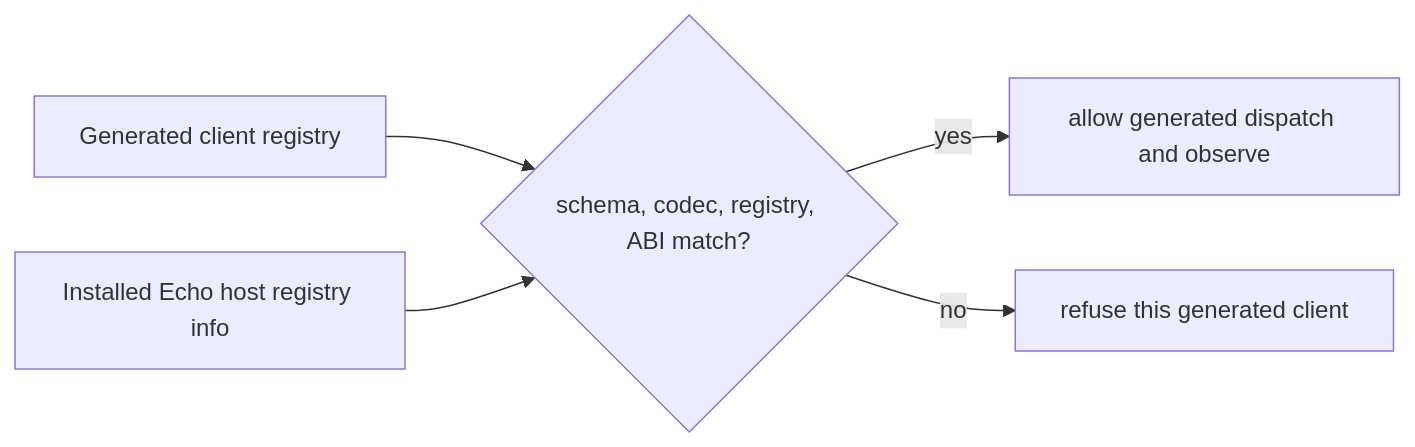
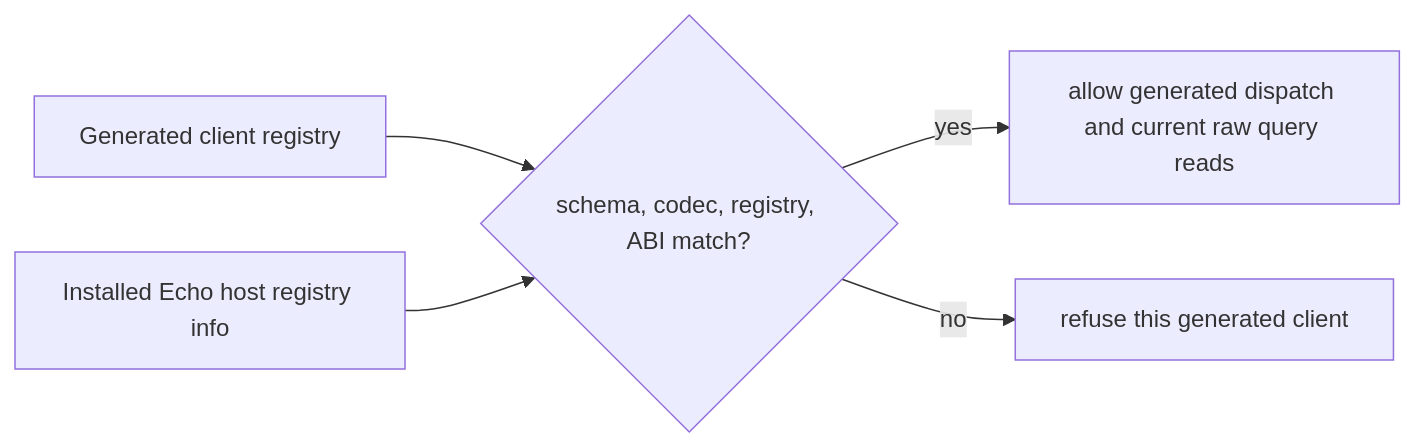
Before and after one commit to flyingrobots/echo: the fourth of 8 diagrams in docs/architecture/application-contract-hosting.md, drawn with Mermaid. The commit also changed other lines of this file and 11 other files, not shown here.

````diff
--- a/docs/architecture/application-contract-hosting.md
+++ b/docs/architecture/application-contract-hosting.md
@@ -336,13 +358,13 @@
 ```mermaid
 flowchart LR
     generated["Generated client registry"]
     host["Installed Echo host registry info"]
     decision{"schema, codec, registry, ABI match?"}
-    dispatch["allow generated dispatch and observe"]
+    dispatch["allow generated dispatch and current raw query reads"]
     reject["refuse this generated client"]
 
     generated --> decision
     host --> decision
     decision -->|"yes"| dispatch
     decision -->|"no"| reject
 ```
````
